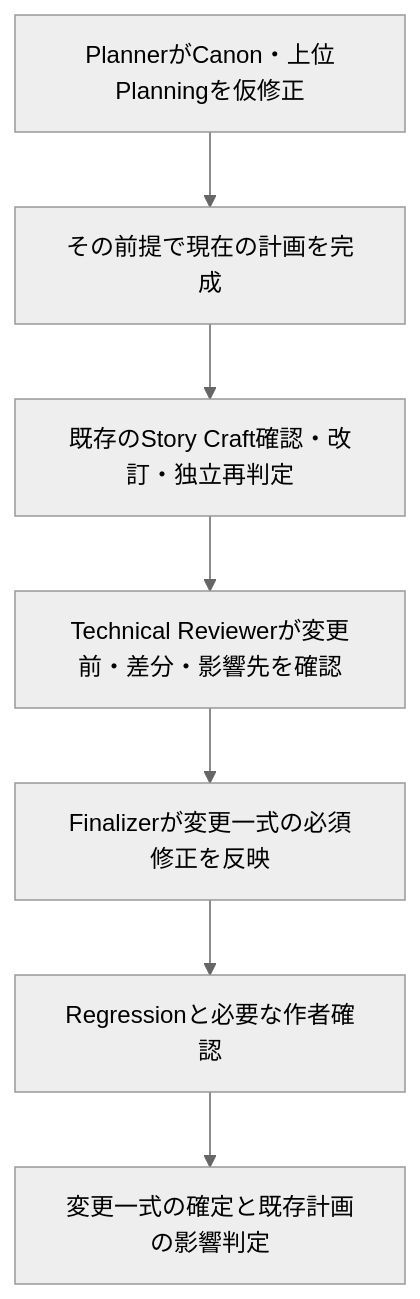
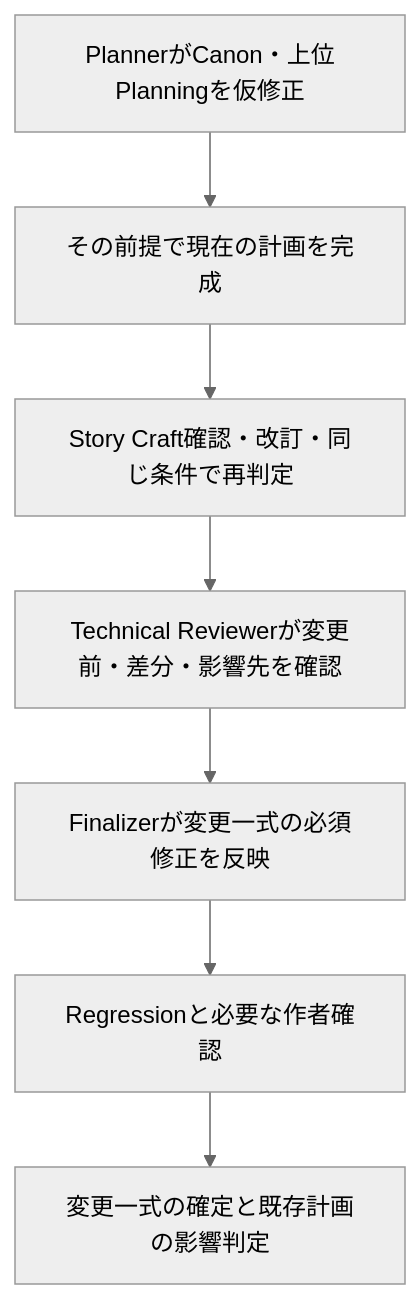
The diagram in .novel-maker/runtime/docs/planning-changes.md (oshizo/novel-20260929-maker-trial), drawn with Mermaid (neutral theme) before and after one commit. The commit also changed other lines of this file and 15 other files, not shown here.

````diff
--- a/.novel-maker/runtime/docs/planning-changes.md
+++ b/.novel-maker/runtime/docs/planning-changes.md
@@ -72,9 +72,9 @@
 ```mermaid
 flowchart TD
     A["PlannerがCanon・上位Planningを仮修正"] --> B["その前提で現在の計画を完成"]
-    B --> C["既存のStory Craft確認・改訂・独立再判定"]
+    B --> C["Story Craft確認・改訂・同じ条件で再判定"]
     C --> D["Technical Reviewerが変更前・差分・影響先を確認"]
     D --> E["Finalizerが変更一式の必須修正を反映"]
     E --> F["Regressionと必要な作者確認"]
     F --> G["変更一式の確定と既存計画の影響判定"]
 ```
````
